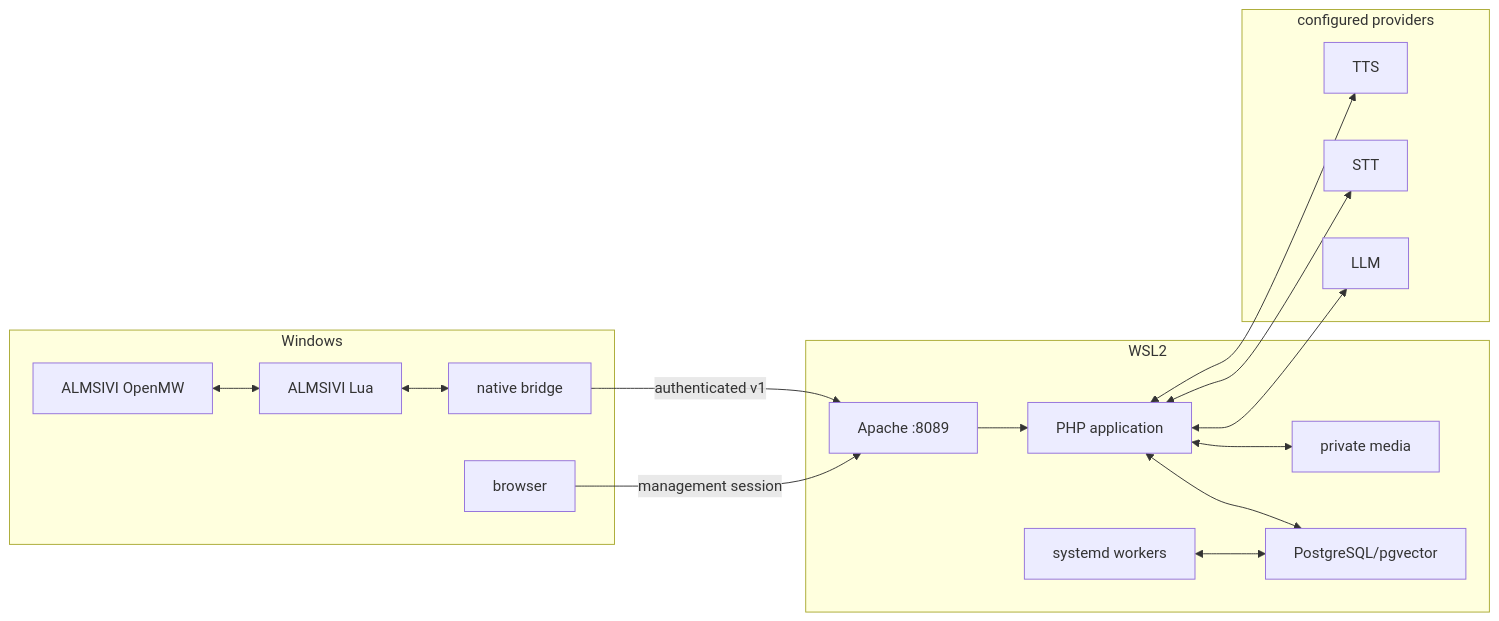
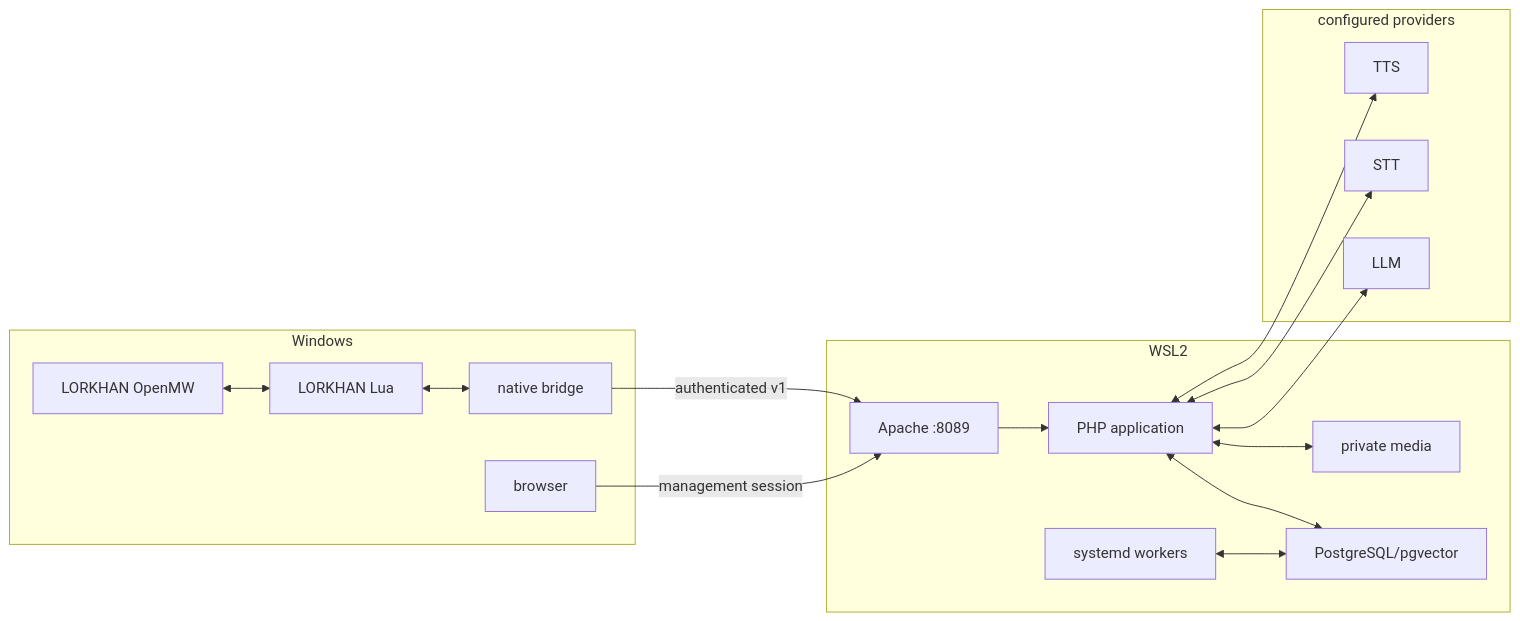
Before and after one commit to Dwemer-Dynamics/LorkhanServer: the first of 2 diagrams in docs/REFERENCE-SERVER-DATAFLOW.md, drawn with Mermaid. The commit also changed other lines of this file and 472 other files, not shown here.

````diff
--- a/docs/REFERENCE-SERVER-DATAFLOW.md
+++ b/docs/REFERENCE-SERVER-DATAFLOW.md
@@ -21,27 +21,27 @@
 ```mermaid
 flowchart LR
   subgraph WIN["Windows"]
-    O["ALMSIVI OpenMW"]
-    L["ALMSIVI Lua"]
+    O["LORKHAN OpenMW"]
+    L["LORKHAN Lua"]
     N["native bridge"]
     B["browser"]
     O <--> L
     L <--> N
   end
   subgraph WSL["WSL2"]
     A["Apache :8089"] --> H["PHP application"]
     H <--> D["PostgreSQL/pgvector"]
     H <--> M["private media"]
     W["systemd workers"] <--> D
   end
   subgraph PROVIDERS["configured providers"]
     X["LLM"]
     Y["STT"]
     Z["TTS"]
   end
   N -->|"authenticated v1"| A
   B -->|"management session"| A
   H <--> X
   H <--> Y
   H <--> Z
 ```
````
